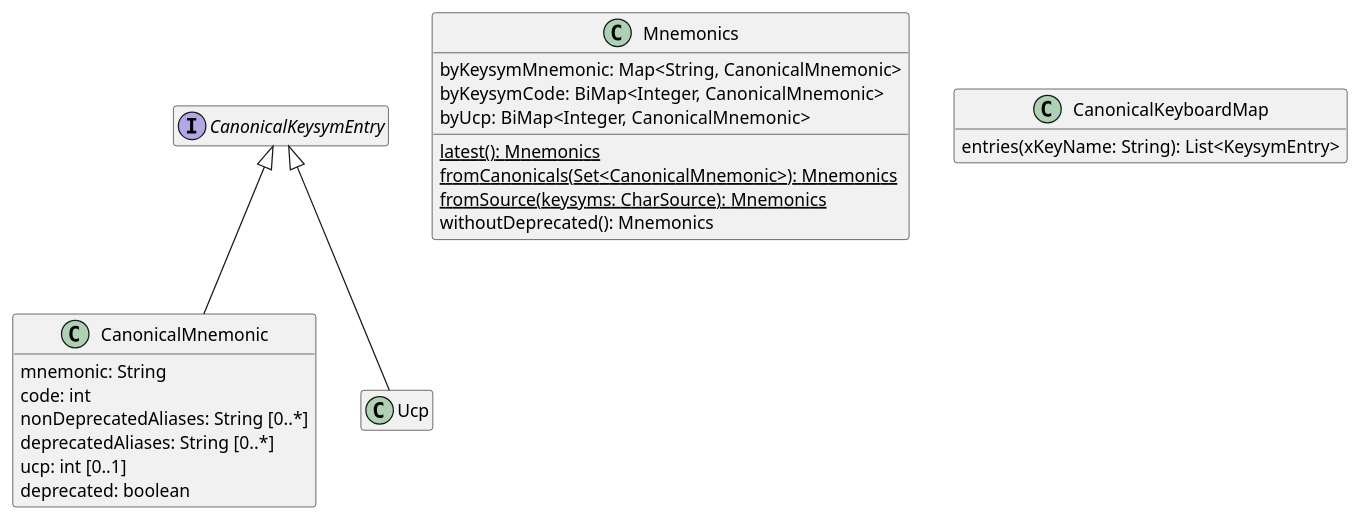
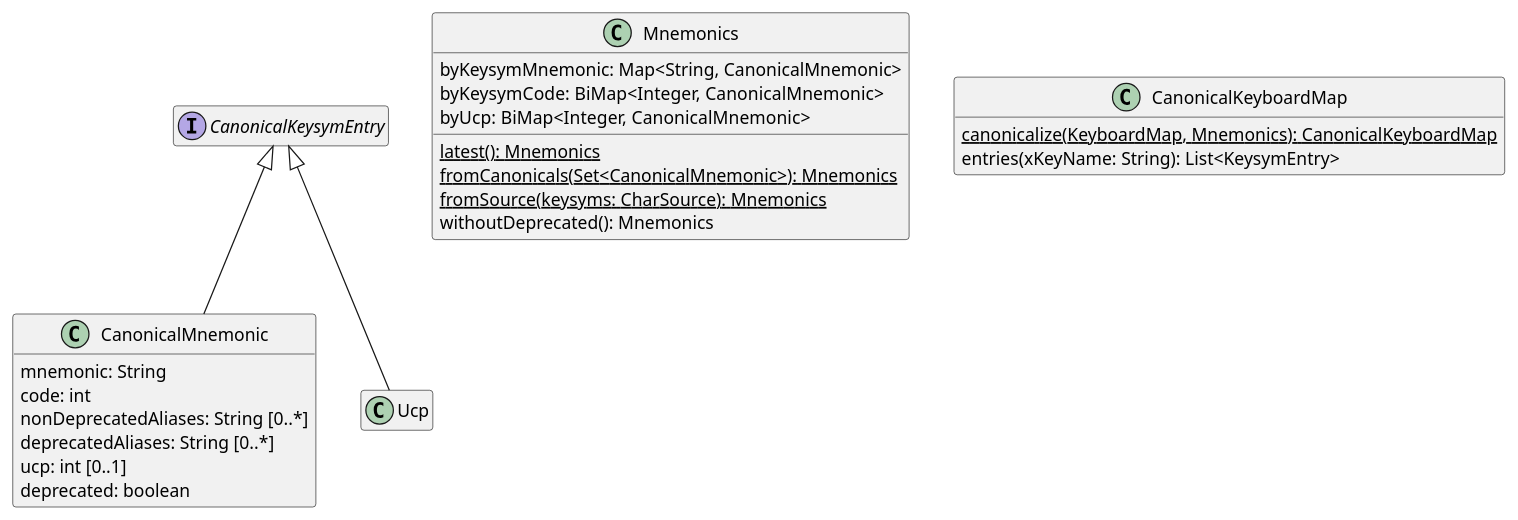
Before and after one commit to oliviercailloux/Keyboardd: the diagram in Mnemonics.wsd, drawn with PlantUML.

Commit message:
Canonical constructor

```diff
--- a/Mnemonics.wsd
+++ b/Mnemonics.wsd
@@ -1,31 +1,32 @@
 @startuml Mnemonics
 hide empty members
 
 class "CanonicalMnemonic" {
   mnemonic: String
   code: int
   nonDeprecatedAliases: String [0..*]
   deprecatedAliases: String [0..*]
   ucp: int [0..1]
   deprecated: boolean
 }
 
 class "Mnemonics" {
   {static} latest(): Mnemonics
   {static} fromCanonicals(Set<CanonicalMnemonic>): Mnemonics
   {static} fromSource(keysyms: CharSource): Mnemonics
   byKeysymMnemonic: Map<String, CanonicalMnemonic>
   byKeysymCode: BiMap<Integer, CanonicalMnemonic>
   byUcp: BiMap<Integer, CanonicalMnemonic>
   withoutDeprecated(): Mnemonics
 }
 
 interface "CanonicalKeysymEntry" {}
 "CanonicalKeysymEntry" <|-- "CanonicalMnemonic"
 "CanonicalKeysymEntry" <|-- "Ucp"
 
 class "CanonicalKeyboardMap" {
+  {static} canonicalize(KeyboardMap, Mnemonics): CanonicalKeyboardMap
   entries(xKeyName: String): List<KeysymEntry>
 }
 
 @enduml
```
